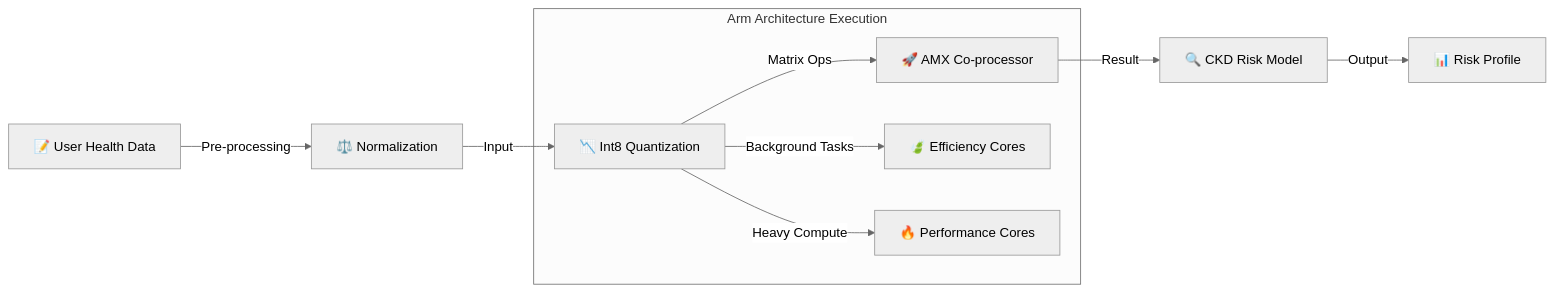
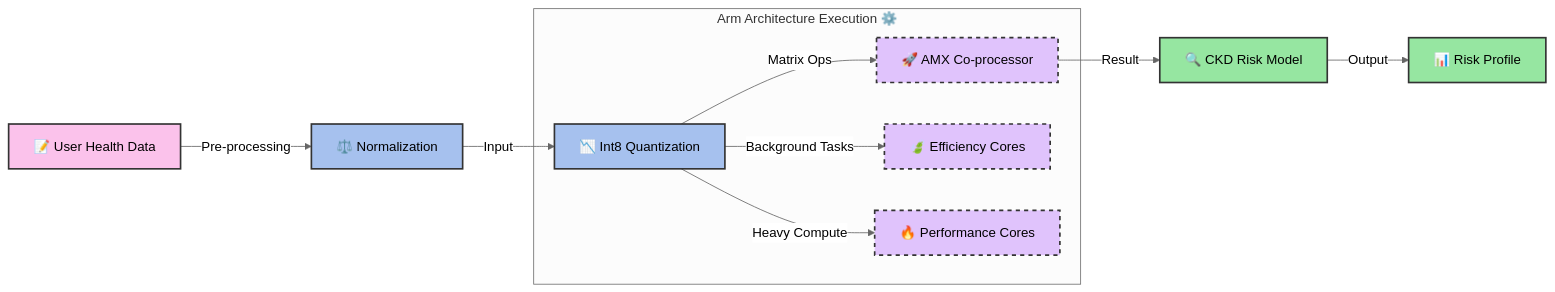
The second of 5 diagrams in README.md (senushidinara/KidneyCare-AI-Powered-CKD-Awareness-Detection-Prevention), drawn with Mermaid (neutral theme) before and after one commit. The commit also changed other lines of this file, not shown here.

````diff
--- a/README.md
+++ b/README.md
@@ -70,14 +77,20 @@
 ```mermaid
 graph LR
-    Data[📝 User Health Data] -->|Pre-processing| Norm[⚖️ Normalization]
-    Norm -->|Input| Quant[📉 Int8 Quantization]
+    %% Styles
+    classDef data fill:#fbc2eb,stroke:#333,stroke-width:2px;
+    classDef process fill:#a6c1ee,stroke:#333,stroke-width:2px;
+    classDef chip fill:#e0c3fc,stroke:#333,stroke-width:2px,stroke-dasharray: 5 5;
+    classDef output fill:#96e6a1,stroke:#333,stroke-width:2px;
+
+    Data[📝 User Health Data]:::data -->|Pre-processing| Norm[⚖️ Normalization]:::process
+    Norm -->|Input| Quant[📉 Int8 Quantization]:::process
     
-    subgraph "Arm Architecture Execution"
-        Quant -->|Matrix Ops| AMX[🚀 AMX Co-processor]
-        Quant -->|Background Tasks| E_Cores[🍃 Efficiency Cores]
-        Quant -->|Heavy Compute| P_Cores[🔥 Performance Cores]
+    subgraph "Arm Architecture Execution ⚙️"
+        Quant -->|Matrix Ops| AMX[🚀 AMX Co-processor]:::chip
+        Quant -->|Background Tasks| E_Cores[🍃 Efficiency Cores]:::chip
+        Quant -->|Heavy Compute| P_Cores[🔥 Performance Cores]:::chip
     end
     
-    AMX -->|Result| Model[🔍 CKD Risk Model]
-    Model -->|Output| Score[📊 Risk Profile]
+    AMX -->|Result| Model[🔍 CKD Risk Model]:::output
+    Model -->|Output| Score[📊 Risk Profile]:::output
 ```
````
